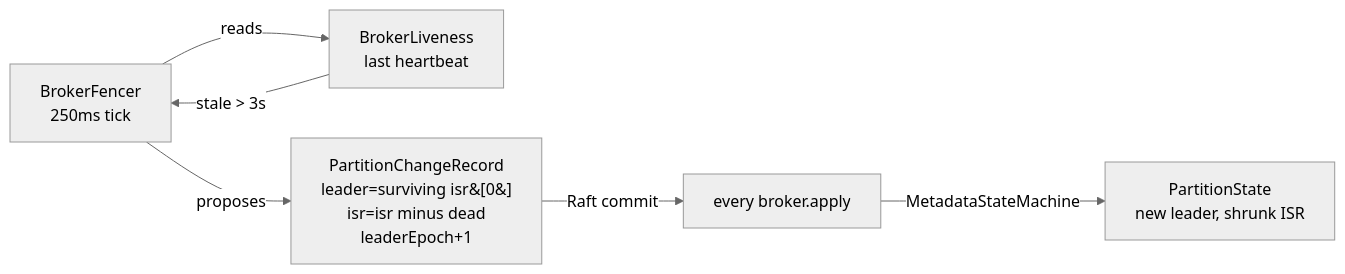
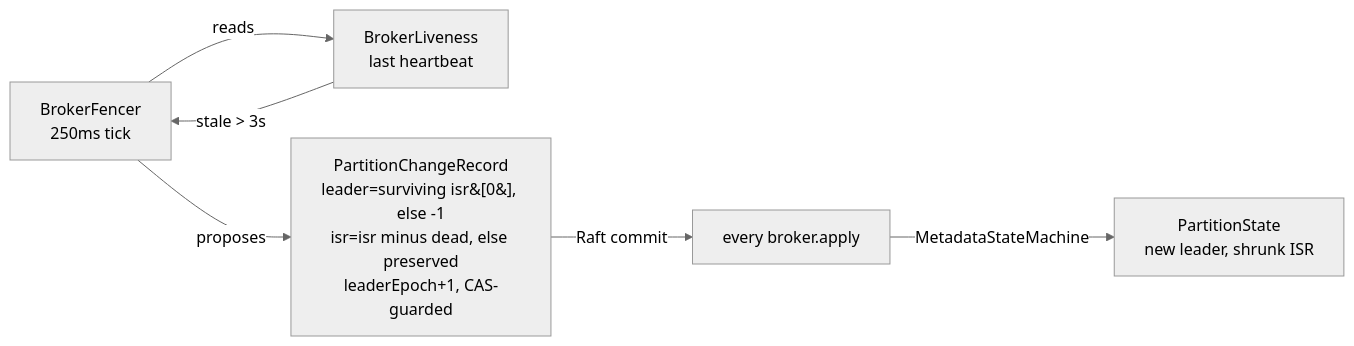
One commit to jeremainecheong/j-broker changed the third of 3 diagrams in broker-core/README.md. Above: the diagram before and after it, drawn with Mermaid (neutral theme). The commit also changed other lines of this file and 1 other file, not shown here.

````diff
--- a/broker-core/README.md
+++ b/broker-core/README.md
@@ -139,8 +139,8 @@
 ```mermaid
 flowchart LR
     Fencer[BrokerFencer<br/>250ms tick] -->|reads| Liveness[BrokerLiveness<br/>last heartbeat]
     Liveness -->|stale &gt; 3s| Fencer
-    Fencer -->|proposes| PartitionChange[PartitionChangeRecord<br/>leader=surviving isr&#91;0&#93;<br/>isr=isr minus dead<br/>leaderEpoch+1]
+    Fencer -->|proposes| PartitionChange[PartitionChangeRecord<br/>leader=surviving isr&#91;0&#93;, else -1<br/>isr=isr minus dead, else preserved<br/>leaderEpoch+1, CAS-guarded]
     PartitionChange -->|Raft commit| Apply[every broker.apply]
     Apply -->|MetadataStateMachine| NewState[PartitionState<br/>new leader, shrunk ISR]
 ```
````
